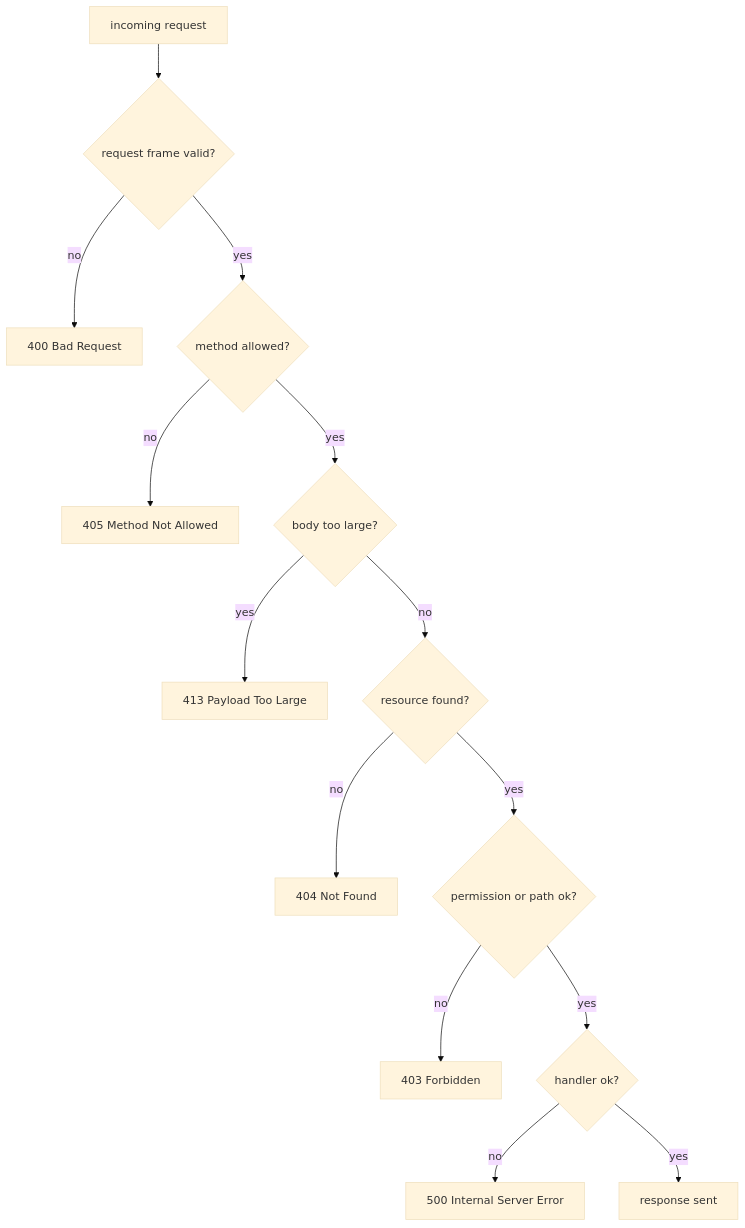
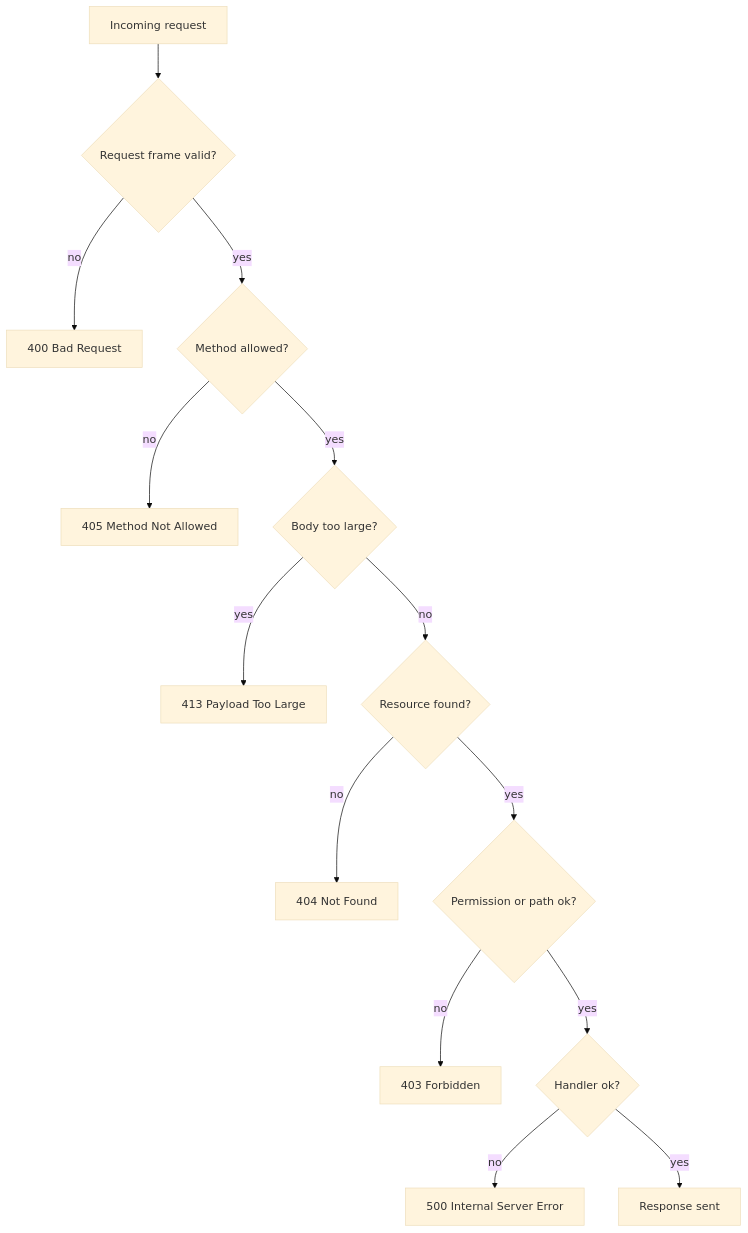
Before and after one commit to SkyDogzz/webserv: the fourth of 4 diagrams in README.md, drawn with Mermaid (base theme). The commit also changed other lines of this file and 3 other files, not shown here.

````diff
--- a/README.md
+++ b/README.md
@@ -75,16 +94,16 @@
 ```mermaid
 flowchart TD
-    A["incoming request"] --> B{"request frame valid?"}
+    A["Incoming request"] --> B{"Request frame valid?"}
     B -- "no" --> C["400 Bad Request"]
-    B -- "yes" --> D{"method allowed?"}
+    B -- "yes" --> D{"Method allowed?"}
     D -- "no" --> E["405 Method Not Allowed"]
-    D -- "yes" --> F{"body too large?"}
+    D -- "yes" --> F{"Body too large?"}
     F -- "yes" --> G["413 Payload Too Large"]
-    F -- "no" --> H{"resource found?"}
+    F -- "no" --> H{"Resource found?"}
     H -- "no" --> I["404 Not Found"]
-    H -- "yes" --> J{"permission or path ok?"}
+    H -- "yes" --> J{"Permission or path ok?"}
     J -- "no" --> K["403 Forbidden"]
-    J -- "yes" --> L{"handler ok?"}
+    J -- "yes" --> L{"Handler ok?"}
     L -- "no" --> M["500 Internal Server Error"]
-    L -- "yes" --> N["response sent"]
+    L -- "yes" --> N["Response sent"]
 ```
````
